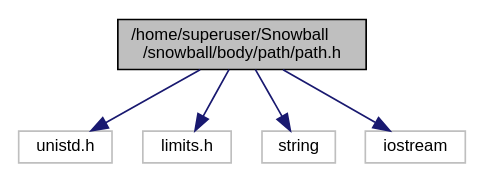
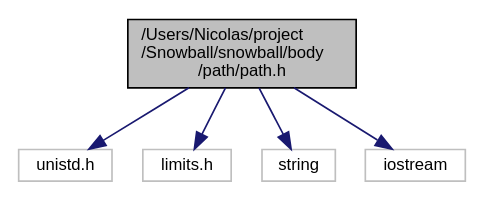
Before and after one commit to HexDumper/Snowball: the diagram in snowball/documentation/rtf/path_8h__incl.dot, drawn with Graphviz. The commit also changed 330 other files, not shown here.

```diff
--- a/snowball/documentation/rtf/path_8h__incl.dot
+++ b/snowball/documentation/rtf/path_8h__incl.dot
@@ -1,14 +1,14 @@
-digraph "/home/superuser/Snowball/snowball/body/path/path.h"
+digraph "/Users/Nicolas/project/Snowball/snowball/body/path/path.h"
 {
   edge [fontname="Helvetica",fontsize="10",labelfontname="Helvetica",labelfontsize="10"];
   node [fontname="Helvetica",fontsize="10",shape=record];
-  Node1 [label="/home/superuser/Snowball\l/snowball/body/path/path.h",height=0.2,width=0.4,color="black", fillcolor="grey75", style="filled", fontcolor="black"];
-  Node1 -> Node2 [color="midnightblue",fontsize="10",style="solid",fontname="Helvetica"];
-  Node2 [label="unistd.h",height=0.2,width=0.4,color="grey75", fillcolor="white", style="filled"];
-  Node1 -> Node3 [color="midnightblue",fontsize="10",style="solid",fontname="Helvetica"];
-  Node3 [label="limits.h",height=0.2,width=0.4,color="grey75", fillcolor="white", style="filled"];
-  Node1 -> Node4 [color="midnightblue",fontsize="10",style="solid",fontname="Helvetica"];
-  Node4 [label="string",height=0.2,width=0.4,color="grey75", fillcolor="white", style="filled"];
-  Node1 -> Node5 [color="midnightblue",fontsize="10",style="solid",fontname="Helvetica"];
-  Node5 [label="iostream",height=0.2,width=0.4,color="grey75", fillcolor="white", style="filled"];
+  Node0 [label="/Users/Nicolas/project\l/Snowball/snowball/body\l/path/path.h",height=0.2,width=0.4,color="black", fillcolor="grey75", style="filled", fontcolor="black"];
+  Node0 -> Node1 [color="midnightblue",fontsize="10",style="solid",fontname="Helvetica"];
+  Node1 [label="unistd.h",height=0.2,width=0.4,color="grey75", fillcolor="white", style="filled"];
+  Node0 -> Node2 [color="midnightblue",fontsize="10",style="solid",fontname="Helvetica"];
+  Node2 [label="limits.h",height=0.2,width=0.4,color="grey75", fillcolor="white", style="filled"];
+  Node0 -> Node3 [color="midnightblue",fontsize="10",style="solid",fontname="Helvetica"];
+  Node3 [label="string",height=0.2,width=0.4,color="grey75", fillcolor="white", style="filled"];
+  Node0 -> Node4 [color="midnightblue",fontsize="10",style="solid",fontname="Helvetica"];
+  Node4 [label="iostream",height=0.2,width=0.4,color="grey75", fillcolor="white", style="filled"];
 }
```
